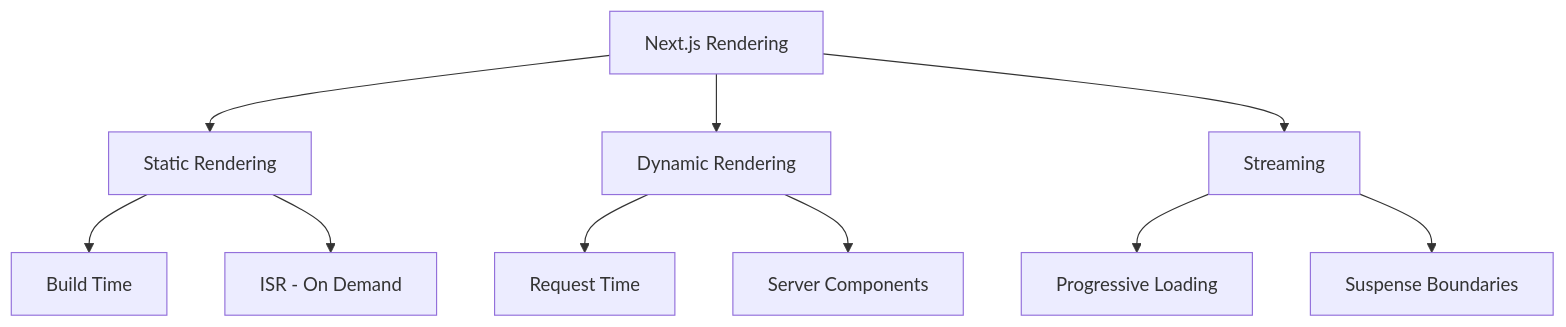
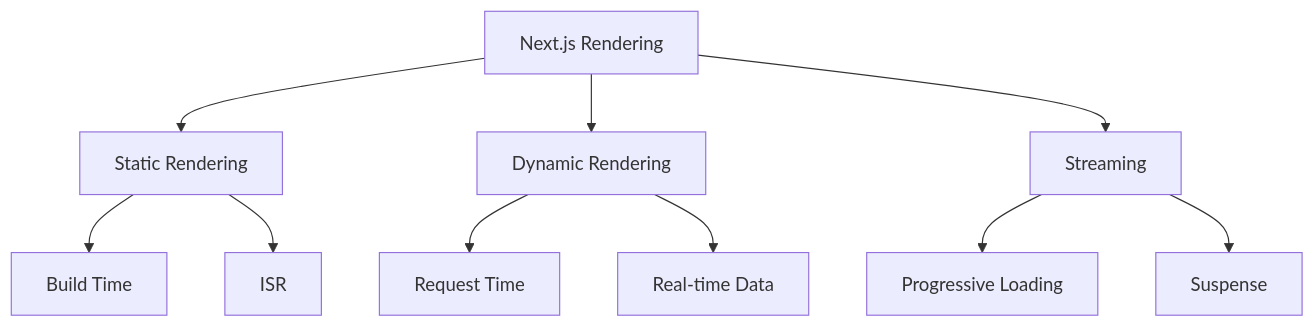
The first of 4 diagrams in src/content/soft-skills/nextjs/bai-8.mdx (khieu-dv/vievlog), drawn with Mermaid before and after one commit. The commit also changed other lines of this file and 1 other file, not shown here.

````diff
--- a/src/content/soft-skills/nextjs/bai-8.mdx
+++ b/src/content/soft-skills/nextjs/bai-8.mdx
@@ -19,15 +19,15 @@
 ```mermaid
 graph TD
     A[Next.js Rendering] --> B[Static Rendering]
     A --> C[Dynamic Rendering]
     A --> D[Streaming]
     
     B --> B1[Build Time]
-    B --> B2[ISR - On Demand]
+    B --> B2[ISR]
     
     C --> C1[Request Time]
-    C --> C2[Server Components]
+    C --> C2[Real-time Data]
     
     D --> D1[Progressive Loading]
-    D --> D2[Suspense Boundaries]
+    D --> D2[Suspense]
 ```
````
